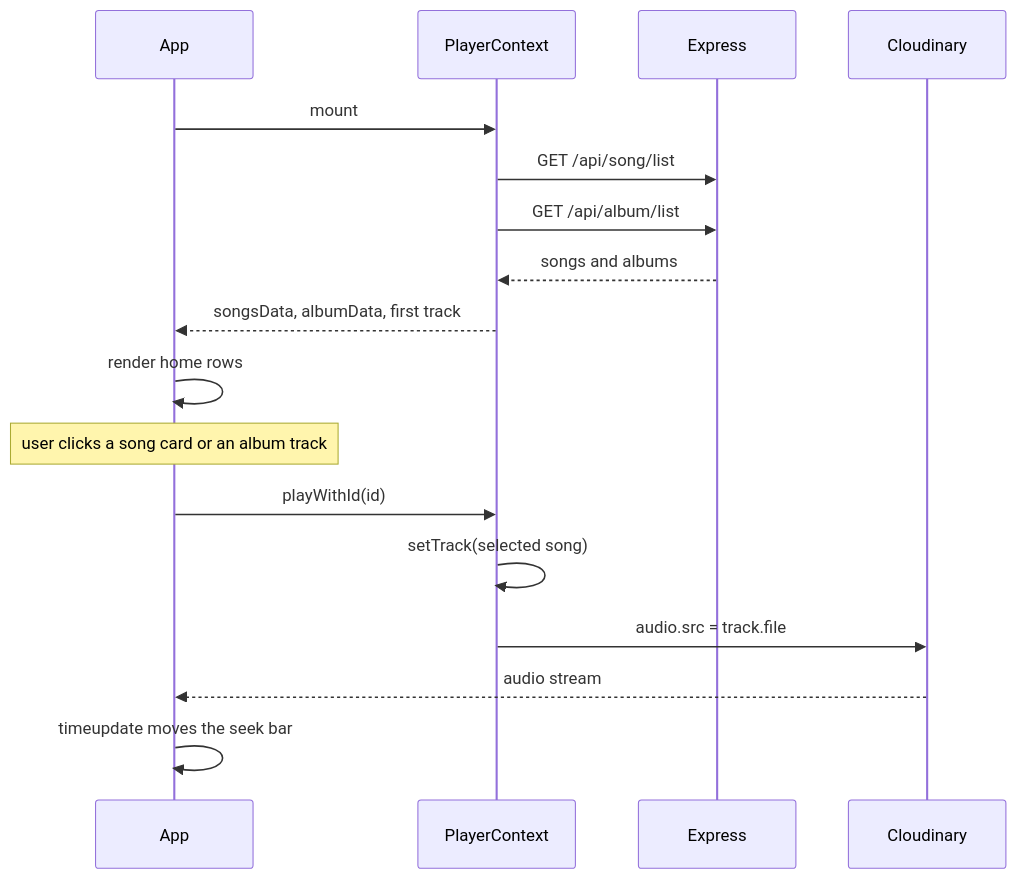
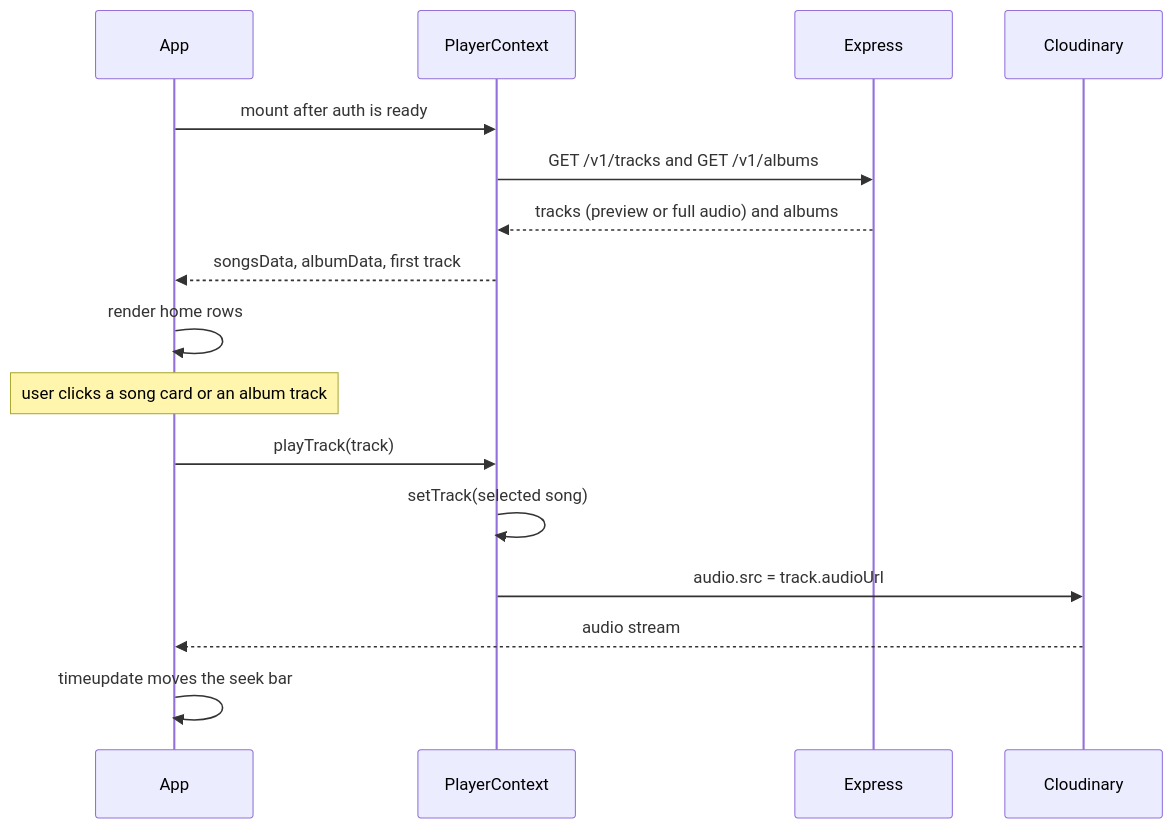
Before and after one commit to kuldeepsinghr/Spotify-clone: the third of 4 diagrams in README.md, drawn with Mermaid. The commit also changed other lines of this file and 45 other files, not shown here.

````diff
--- a/README.md
+++ b/README.md
@@ -102,20 +102,19 @@
 ```mermaid
 sequenceDiagram
   participant UI as App
   participant Ctx as PlayerContext
   participant API as Express
   participant CDN as Cloudinary
 
-  UI->>Ctx: mount
-  Ctx->>API: GET /api/song/list
-  Ctx->>API: GET /api/album/list
-  API-->>Ctx: songs and albums
+  UI->>Ctx: mount after auth is ready
+  Ctx->>API: GET /v1/tracks and GET /v1/albums
+  API-->>Ctx: tracks (preview or full audio) and albums
   Ctx-->>UI: songsData, albumData, first track
   UI->>UI: render home rows
   Note over UI: user clicks a song card or an album track
-  UI->>Ctx: playWithId(id)
+  UI->>Ctx: playTrack(track)
   Ctx->>Ctx: setTrack(selected song)
-  Ctx->>CDN: audio.src = track.file
+  Ctx->>CDN: audio.src = track.audioUrl
   CDN-->>UI: audio stream
   UI->>UI: timeupdate moves the seek bar
 ```
````
